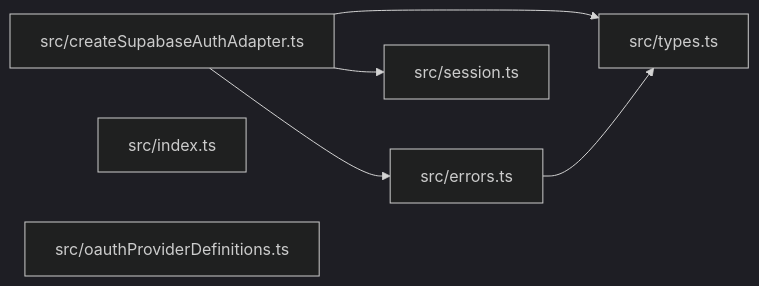
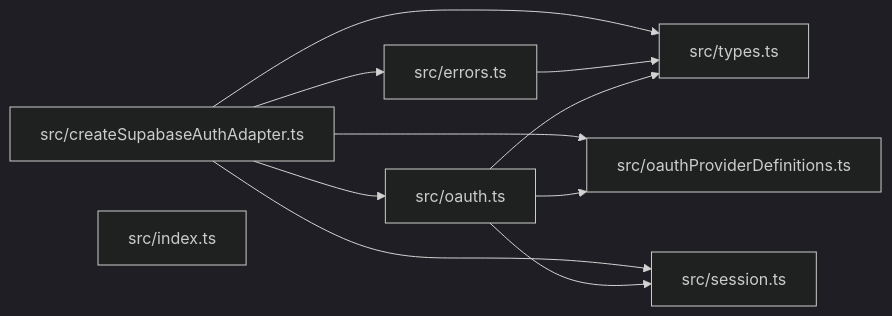
One commit to ankhorage/supabase-auth changed the diagram in paradox/diagrams/module-relationships.mmd. Above: the diagram before and after it, drawn with Mermaid (dark theme). The commit also changed 10 other files, not shown here.

```diff
--- a/paradox/diagrams/module-relationships.mmd
+++ b/paradox/diagrams/module-relationships.mmd
@@ -1,11 +1,17 @@
 graph LR
   module_src_createSupabaseAuthAdapter_ts["src/createSupabaseAuthAdapter.ts"]
   module_src_errors_ts["src/errors.ts"]
   module_src_index_ts["src/index.ts"]
+  module_src_oauth_ts["src/oauth.ts"]
   module_src_oauthProviderDefinitions_ts["src/oauthProviderDefinitions.ts"]
   module_src_session_ts["src/session.ts"]
   module_src_types_ts["src/types.ts"]
   module_src_createSupabaseAuthAdapter_ts --> module_src_errors_ts
+  module_src_createSupabaseAuthAdapter_ts --> module_src_oauth_ts
+  module_src_createSupabaseAuthAdapter_ts --> module_src_oauthProviderDefinitions_ts
   module_src_createSupabaseAuthAdapter_ts --> module_src_session_ts
   module_src_createSupabaseAuthAdapter_ts --> module_src_types_ts
   module_src_errors_ts --> module_src_types_ts
+  module_src_oauth_ts --> module_src_oauthProviderDefinitions_ts
+  module_src_oauth_ts --> module_src_session_ts
+  module_src_oauth_ts --> module_src_types_ts
```
